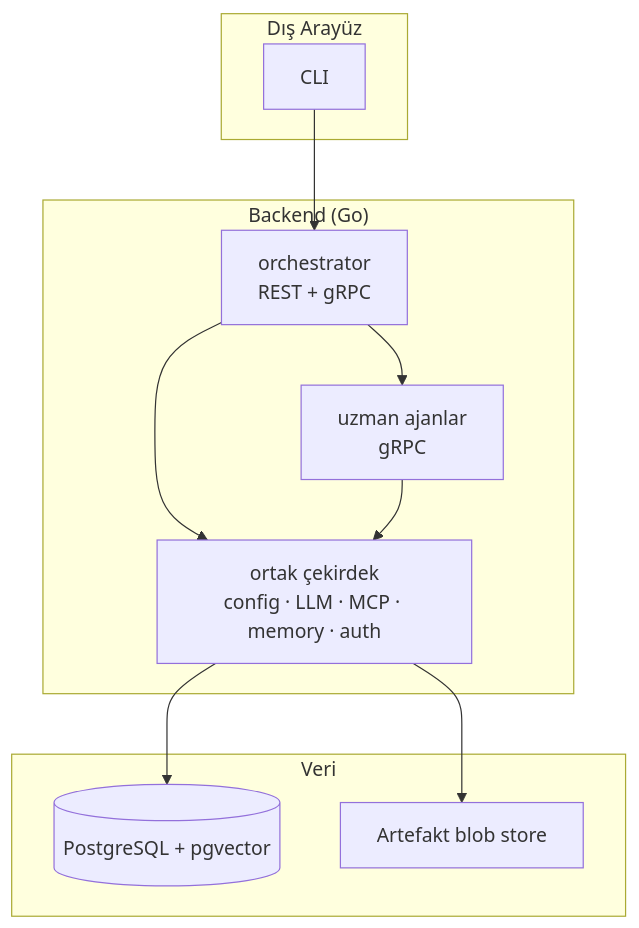
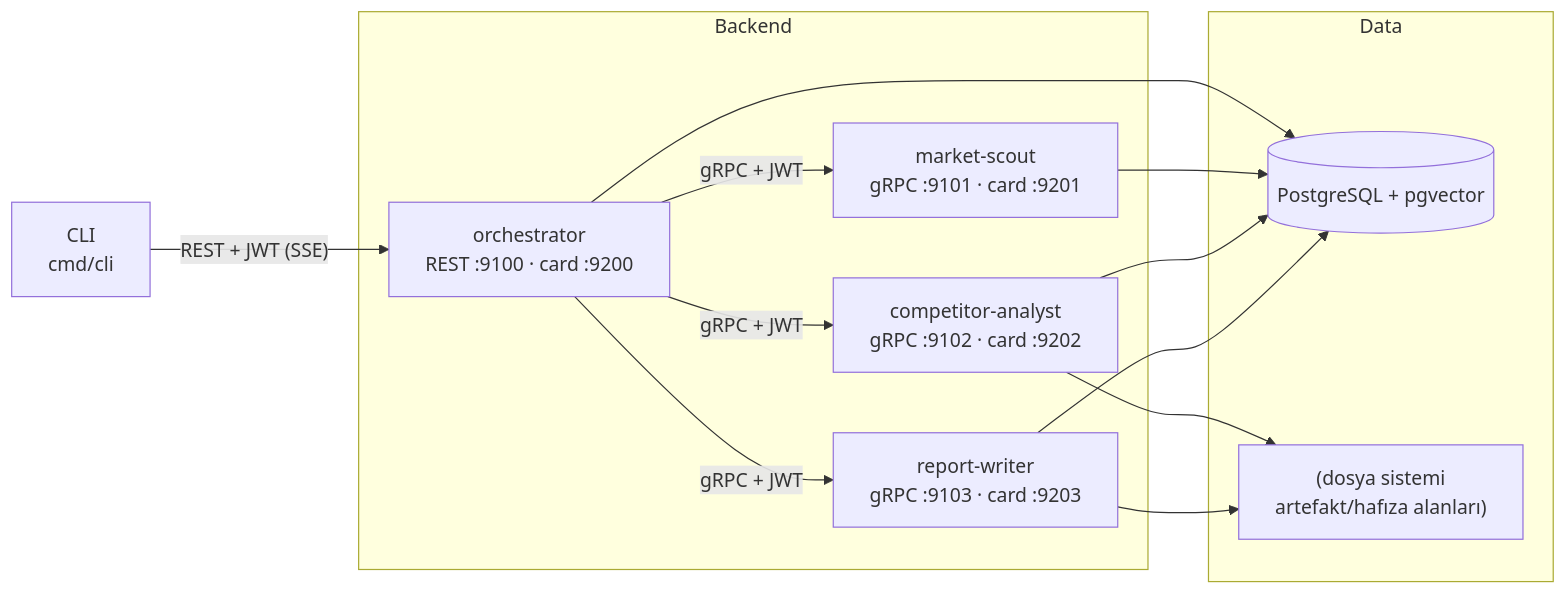
One commit to cemilcelik/a2a-research-crew changed the first of 3 diagrams in docs/architecture.md. Above: the diagram before and after it, drawn with Mermaid. The commit also changed other lines of this file, not shown here.

Commit message:
docs: expand architecture with layers and data stores

````diff
--- a/docs/architecture.md
+++ b/docs/architecture.md
@@ -8,21 +13,24 @@
 ```mermaid
-flowchart TB
-    subgraph Entry["Dış Arayüz"]
-        CLI[CLI]
+flowchart LR
+    CLI["CLI<br/>cmd/cli"]
+    subgraph Backend
+        ORCH["orchestrator<br/>REST :9100 · card :9200"]
+        MKT["market-scout<br/>gRPC :9101 · card :9201"]
+        CMP["competitor-analyst<br/>gRPC :9102 · card :9202"]
+        WRT["report-writer<br/>gRPC :9103 · card :9203"]
     end
-    subgraph Backend["Backend (Go)"]
-        ORCH["orchestrator<br/>REST + gRPC"]
-        SPEC["uzman ajanlar<br/>gRPC"]
-        CORE["ortak çekirdek<br/>config · LLM · MCP · memory · auth"]
+    subgraph Data
+        PG[("PostgreSQL + pgvector")]
+        FS["(dosya sistemi<br/>artefakt/hafıza alanları)"]
     end
-    subgraph Data["Veri"]
-        PG[("PostgreSQL + pgvector")]
-        BLOB["Artefakt blob store"]
-    end
-    CLI --> ORCH
-    ORCH --> SPEC
-    ORCH --> CORE
-    SPEC --> CORE
-    CORE --> PG
-    CORE --> BLOB
+    CLI -->|"REST + JWT (SSE)"| ORCH
+    ORCH -->|"gRPC + JWT"| MKT
+    ORCH -->|"gRPC + JWT"| CMP
+    ORCH -->|"gRPC + JWT"| WRT
+    ORCH --> PG
+    MKT --> PG
+    CMP --> PG
+    WRT --> PG
+    CMP --> FS
+    WRT --> FS
 ```
````
